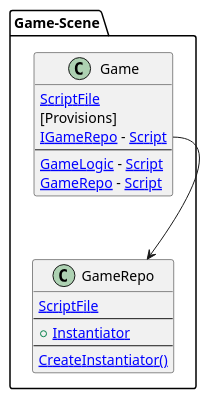
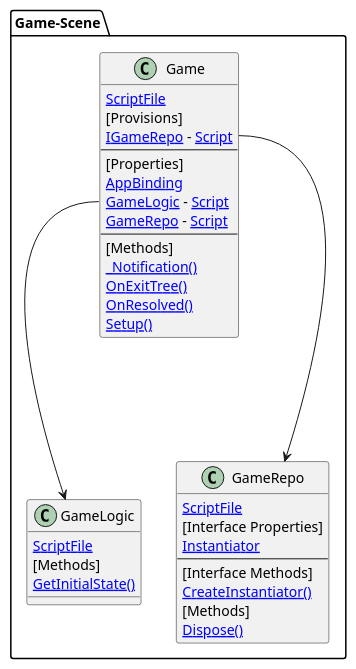
One commit to chickensoft-games/UMLGenerator changed the diagram in src/Chickensoft.UMLGenerator.Tests/Snapshots/BaseProject_Rider_Game.verified.puml. Above: the diagram before and after it, drawn with PlantUML. The commit also changed 7 other files, not shown here.

```diff
--- a/src/Chickensoft.UMLGenerator.Tests/Snapshots/BaseProject_Rider_Game.verified.puml
+++ b/src/Chickensoft.UMLGenerator.Tests/Snapshots/BaseProject_Rider_Game.verified.puml
@@ -1,26 +1,39 @@
 @startuml
 
 package Game-Scene [[../../TestCases/BaseProject_Rider/Game.tscn]] {
-	
-class Game  {
-	[[../../Game/Game.cs ScriptFile]]
-	[Provisions]
-	[[../../Game/Game.cs:15 IGameRepo]] - [[../../TestCases/BaseProject_Rider/Domain/GameRepo.cs Script]]
---
-[[../../Game/Game.cs:22 GameLogic]] - [[../../TestCases/BaseProject_Rider/Logic/GameLogic.cs Script]]
-	[[../../Game/Game.cs:21 GameRepo]] - [[../../TestCases/BaseProject_Rider/Domain/GameRepo.cs Script]]
-}
-
-	
-class GameRepo  {
-	[[../../TestCases/BaseProject_Rider/Domain/GameRepo.cs ScriptFile]]
---
-+ [[../../TestCases/BaseProject_Rider/Domain/GameRepo.cs:15 Instantiator]]
---
-[[../../TestCases/BaseProject_Rider/Domain/GameRepo.cs:17 CreateInstantiator()]]
-}
-
-	Game::GameRepo --> GameRepo
+    class Game  {
+        [[../../Game/Game.cs ScriptFile]]
+        [Provisions]
+        [[../../Game/Game.cs:15 IGameRepo]] - [[../../TestCases/BaseProject_Rider/Domain/GameRepo.cs Script]]
+        --
+        [Properties]
+        [[../../Game/Game.cs:23 AppBinding]]
+        [[../../Game/Game.cs:22 GameLogic]] - [[../../TestCases/BaseProject_Rider/Logic/GameLogic.cs Script]]
+        [[../../Game/Game.cs:21 GameRepo]] - [[../../TestCases/BaseProject_Rider/Domain/GameRepo.cs Script]]
+        --
+        [Methods]
+        [[../../Game/Game.cs:29 _Notification()]]
+        [[../../Game/Game.cs:47 OnExitTree()]]
+        [[../../Game/Game.cs:40 OnResolved()]]
+        [[../../Game/Game.cs:31 Setup()]]
+    }
+    class GameLogic  {
+        [[../../TestCases/BaseProject_Rider/Logic/GameLogic.cs ScriptFile]]
+        [Methods]
+        [[../../TestCases/BaseProject_Rider/Logic/GameLogic.cs:12 GetInitialState()]]
+    }
+    class GameRepo  {
+        [[../../TestCases/BaseProject_Rider/Domain/GameRepo.cs ScriptFile]]
+        [Interface Properties]
+        [[../../TestCases/BaseProject_Rider/Domain/GameRepo.cs:15 Instantiator]]
+        --
+        [Interface Methods]
+        [[../../TestCases/BaseProject_Rider/Domain/GameRepo.cs:17 CreateInstantiator()]]
+        [Methods]
+        [[../../TestCases/BaseProject_Rider/Domain/GameRepo.cs:24 Dispose()]]
+    }
+    Game::GameLogic ---> GameLogic
+    Game::GameRepo ---> GameRepo
 }
 
 @enduml
```
